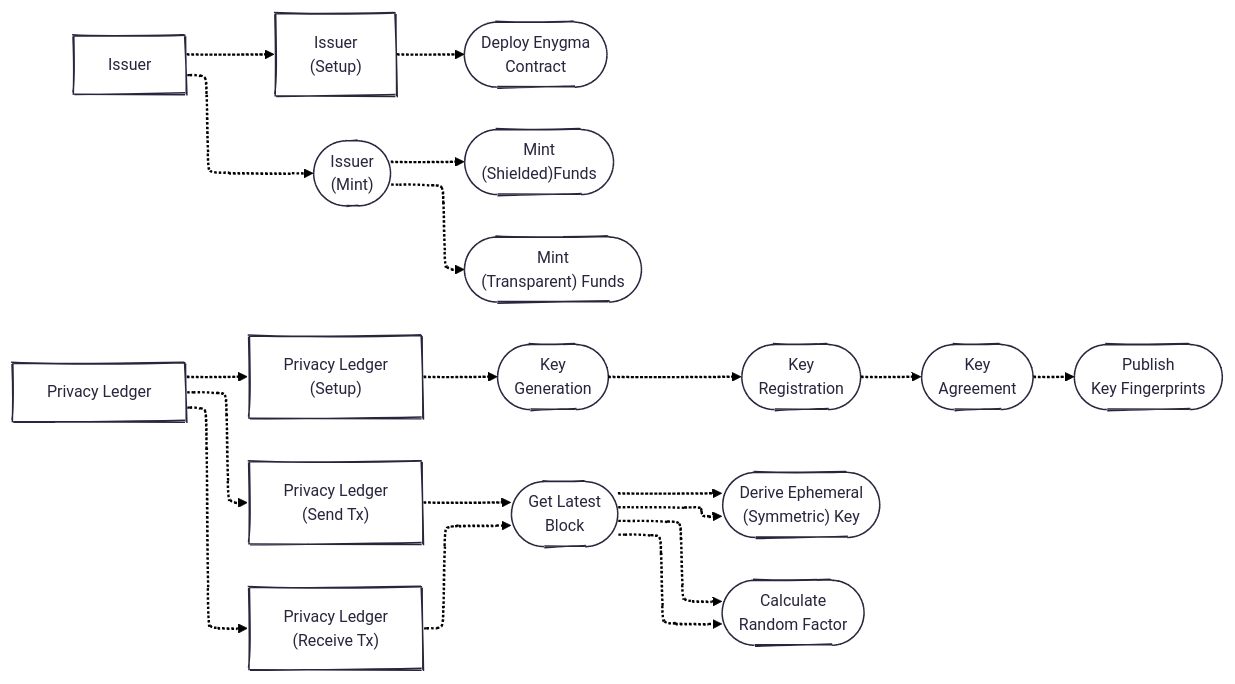
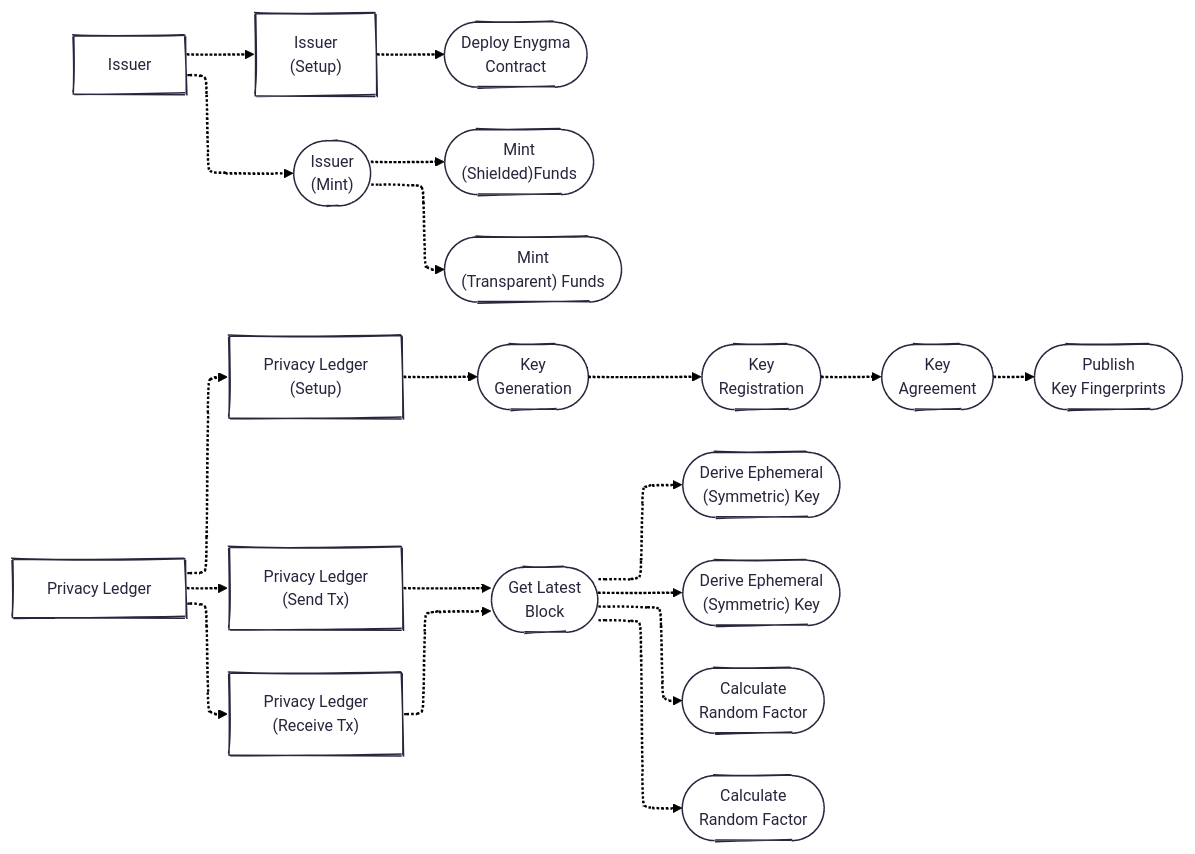
The second of 3 diagrams in enygma_payments/README.md (raylsnetwork/Enygma), drawn with Mermaid before and after one commit.

````diff
--- a/enygma_payments/README.md
+++ b/enygma_payments/README.md
@@ -52,41 +52,43 @@
 ```mermaid
 ---
 config:
   theme: redux
   layout: elk
   look: handDrawn
 ---
 flowchart LR
     issuer["Issuer"]
     i_setup["Issuer<br>(Setup)"]
     deploy(["Deploy Enygma<br>Contract"])
 
     i_mint(["Issuer<br>(Mint)"])
     mint_shield(["Mint<br>(Shielded)Funds"])
     mint_transparent(["Mint<br>(Transparent) Funds"])
 
     pl["Privacy Ledger"]
     pl_setup["Privacy Ledger<br>(Setup)"]
     keygen(["Key<br>Generation"])
     register(["Key<br>Registration"])
     kem(["Key<br>Agreement"])
     publish(["Publish<br>Key Fingerprints"])
 
     pl_send["Privacy Ledger<br>(Send Tx)"]
     getblock(["Get Latest<br>Block"])
-    derivekey(["Derive Ephemeral<br>(Symmetric) Key"])
-    calcR(["Calculate<br>Random Factor"])
+    derivesendkey(["Derive Ephemeral<br>(Symmetric) Key"])
+    derivereceivekey(["Derive Ephemeral<br>(Symmetric) Key"])
+    calcR_send(["Calculate<br>Random Factor"])
+    calcR_receive(["Calculate<br>Random Factor"])
 
     pl_receive["Privacy Ledger<br>(Receive Tx)"]
 
 
     issuer -.-> i_setup & i_mint
     i_setup -.-> deploy
     i_mint -.-> mint_shield & mint_transparent
 
     pl -.-> pl_setup & pl_send & pl_receive
 
     pl_setup -.-> keygen -.-> register -.-> kem -.-> publish
-    pl_send -.-> getblock -.-> derivekey & calcR
-    pl_receive -.-> getblock -.-> derivekey & calcR
+    pl_send -.-> getblock -.-> derivesendkey & calcR_send
+    pl_receive -.-> getblock -.-> derivereceivekey & calcR_receive
 ```
````
